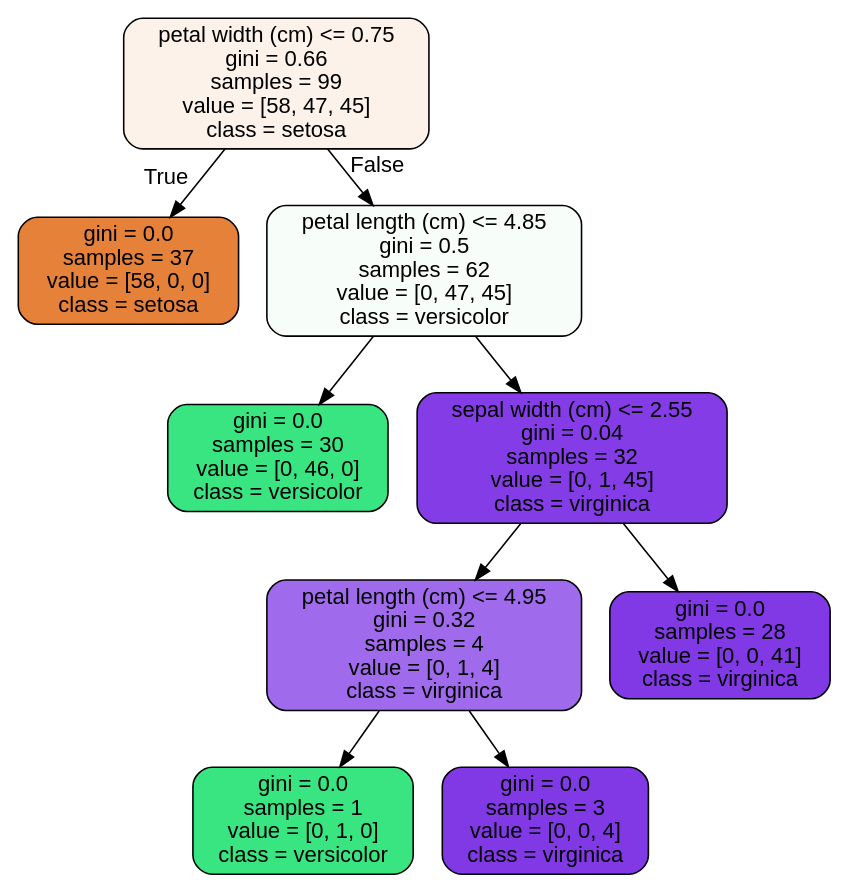
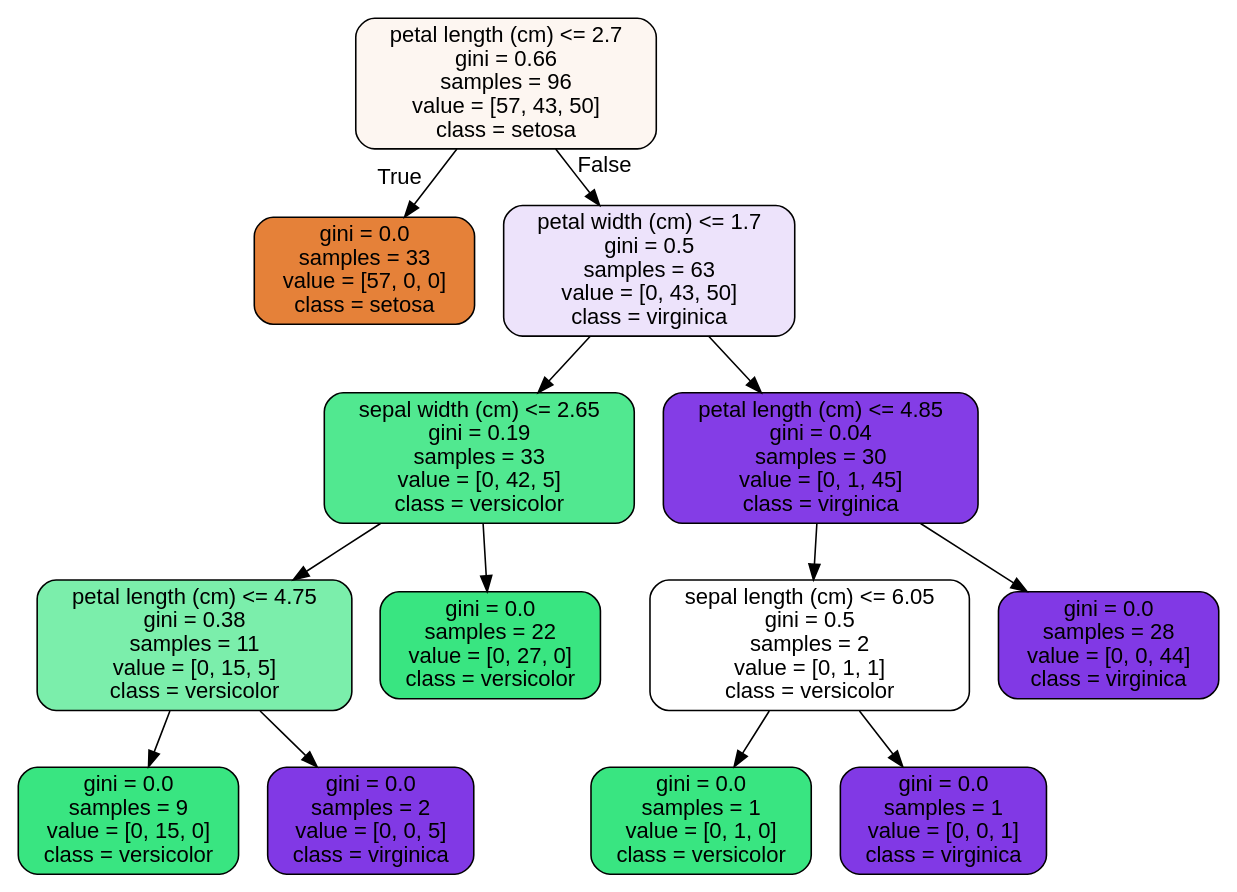
One commit to AutomationKay/Data-Science- changed the diagram in RandomForest Covid Case Study_06302020/tree.dot. Above: the diagram before and after it, drawn with Graphviz. The commit also changed 7 other files, not shown here.

```diff
--- a/RandomForest Covid Case Study_06302020/tree.dot
+++ b/RandomForest Covid Case Study_06302020/tree.dot
@@ -1,21 +1,29 @@
 digraph Tree {
 node [shape=box, style="filled, rounded", color="black", fontname="helvetica"] ;
 edge [fontname="helvetica"] ;
-0 [label="petal width (cm) <= 0.75\ngini = 0.66\nsamples = 99\nvalue = [58, 47, 45]\nclass = setosa", fillcolor="#fcf2ea"] ;
-1 [label="gini = 0.0\nsamples = 37\nvalue = [58, 0, 0]\nclass = setosa", fillcolor="#e58139"] ;
+0 [label="petal length (cm) <= 2.7\ngini = 0.66\nsamples = 96\nvalue = [57, 43, 50]\nclass = setosa", fillcolor="#fdf6f1"] ;
+1 [label="gini = 0.0\nsamples = 33\nvalue = [57, 0, 0]\nclass = setosa", fillcolor="#e58139"] ;
 0 -> 1 [labeldistance=2.5, labelangle=45, headlabel="True"] ;
-2 [label="petal length (cm) <= 4.85\ngini = 0.5\nsamples = 62\nvalue = [0, 47, 45]\nclass = versicolor", fillcolor="#f7fefa"] ;
+2 [label="petal width (cm) <= 1.7\ngini = 0.5\nsamples = 63\nvalue = [0, 43, 50]\nclass = virginica", fillcolor="#ede3fb"] ;
 0 -> 2 [labeldistance=2.5, labelangle=-45, headlabel="False"] ;
-3 [label="gini = 0.0\nsamples = 30\nvalue = [0, 46, 0]\nclass = versicolor", fillcolor="#39e581"] ;
+3 [label="sepal width (cm) <= 2.65\ngini = 0.19\nsamples = 33\nvalue = [0, 42, 5]\nclass = versicolor", fillcolor="#51e890"] ;
 2 -> 3 ;
-4 [label="sepal width (cm) <= 2.55\ngini = 0.04\nsamples = 32\nvalue = [0, 1, 45]\nclass = virginica", fillcolor="#843de6"] ;
-2 -> 4 ;
-5 [label="petal length (cm) <= 4.95\ngini = 0.32\nsamples = 4\nvalue = [0, 1, 4]\nclass = virginica", fillcolor="#a06aec"] ;
+4 [label="petal length (cm) <= 4.75\ngini = 0.38\nsamples = 11\nvalue = [0, 15, 5]\nclass = versicolor", fillcolor="#7beeab"] ;
+3 -> 4 ;
+5 [label="gini = 0.0\nsamples = 9\nvalue = [0, 15, 0]\nclass = versicolor", fillcolor="#39e581"] ;
 4 -> 5 ;
-6 [label="gini = 0.0\nsamples = 1\nvalue = [0, 1, 0]\nclass = versicolor", fillcolor="#39e581"] ;
-5 -> 6 ;
-7 [label="gini = 0.0\nsamples = 3\nvalue = [0, 0, 4]\nclass = virginica", fillcolor="#8139e5"] ;
-5 -> 7 ;
-8 [label="gini = 0.0\nsamples = 28\nvalue = [0, 0, 41]\nclass = virginica", fillcolor="#8139e5"] ;
-4 -> 8 ;
+6 [label="gini = 0.0\nsamples = 2\nvalue = [0, 0, 5]\nclass = virginica", fillcolor="#8139e5"] ;
+4 -> 6 ;
+7 [label="gini = 0.0\nsamples = 22\nvalue = [0, 27, 0]\nclass = versicolor", fillcolor="#39e581"] ;
+3 -> 7 ;
+8 [label="petal length (cm) <= 4.85\ngini = 0.04\nsamples = 30\nvalue = [0, 1, 45]\nclass = virginica", fillcolor="#843de6"] ;
+2 -> 8 ;
+9 [label="sepal length (cm) <= 6.05\ngini = 0.5\nsamples = 2\nvalue = [0, 1, 1]\nclass = versicolor", fillcolor="#ffffff"] ;
+8 -> 9 ;
+10 [label="gini = 0.0\nsamples = 1\nvalue = [0, 1, 0]\nclass = versicolor", fillcolor="#39e581"] ;
+9 -> 10 ;
+11 [label="gini = 0.0\nsamples = 1\nvalue = [0, 0, 1]\nclass = virginica", fillcolor="#8139e5"] ;
+9 -> 11 ;
+12 [label="gini = 0.0\nsamples = 28\nvalue = [0, 0, 44]\nclass = virginica", fillcolor="#8139e5"] ;
+8 -> 12 ;
 }
```
